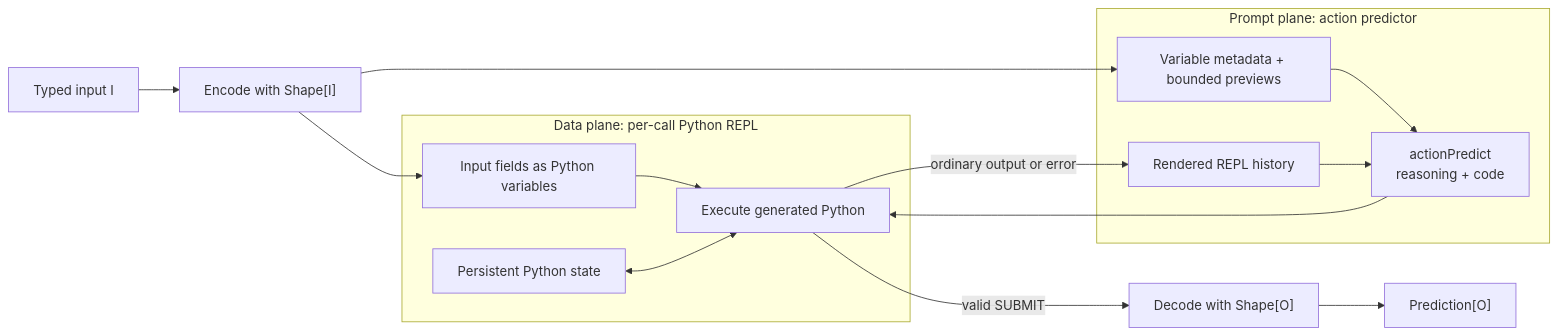
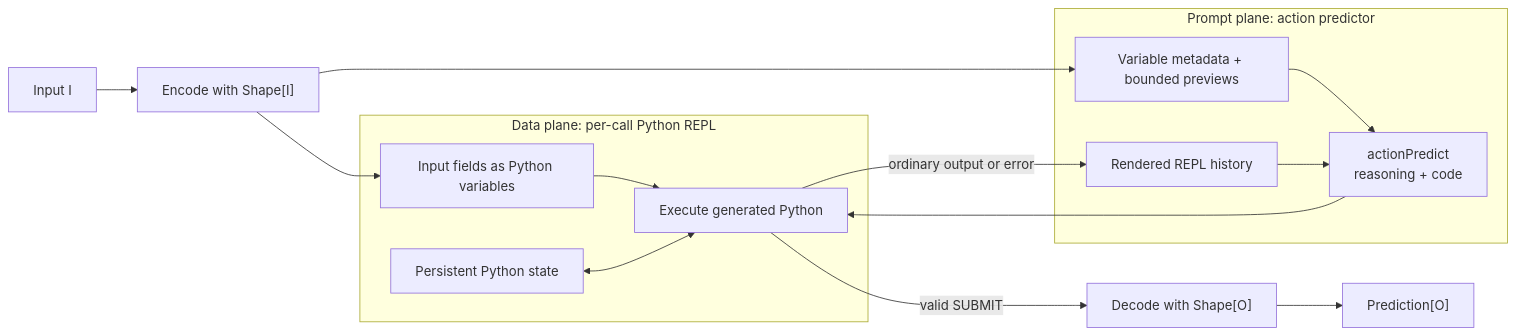
Before and after one commit to jpablo/dspy4s: the first of 6 diagrams in modules/programs/src/main/scala/dspy4s/programs/strategies/RLM.md, drawn with Mermaid. The commit also changed other lines of this file and 218 other files, not shown here.

````diff
--- a/modules/programs/src/main/scala/dspy4s/programs/strategies/RLM.md
+++ b/modules/programs/src/main/scala/dspy4s/programs/strategies/RLM.md
@@ -16,27 +16,27 @@
 ```mermaid
 flowchart LR
-    input["Typed input I"] --> encode["Encode with Shape[I]"]
+    input["Input I"] --> encode["Encode with Shape[I]"]
 
     subgraph dataPlane["Data plane: per-call Python REPL"]
         variables["Input fields as Python variables"]
         execute["Execute generated Python"]
         state["Persistent Python state"]
         variables --> execute
         state <--> execute
     end
 
     subgraph promptPlane["Prompt plane: action predictor"]
         metadata["Variable metadata + bounded previews"]
         history["Rendered REPL history"]
         action["actionPredict<br/>reasoning + code"]
         metadata --> action
         history --> action
     end
 
     encode --> variables
     encode --> metadata
     action --> execute
     execute -->|"ordinary output or error"| history
     execute -->|"valid SUBMIT"| decode["Decode with Shape[O]"]
     decode --> result["Prediction[O]"]
 ```
````
